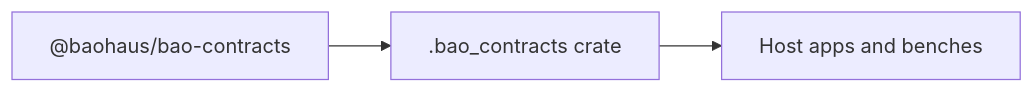
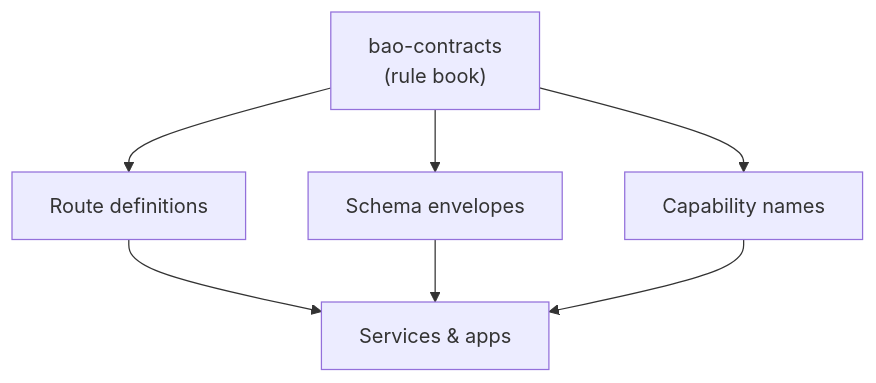
Before and after one commit to d4551/docduckgoose: the diagram in bao-source/bao-contracts/README.md, drawn with Mermaid. The commit also changed other lines of this file and 295 other files, not shown here.

````diff
--- a/bao-source/bao-contracts/README.md
+++ b/bao-source/bao-contracts/README.md
@@ -10,5 +15,10 @@
 ```mermaid
-flowchart LR
-  producer["@baohaus/bao-contracts"] --> crate[".bao_contracts crate"]
-  crate --> consumers["Host apps and benches"]
+flowchart TD
+  contracts["bao-contracts\n(rule book)"]
+  contracts --> routes["Route definitions"]
+  contracts --> schemas["Schema envelopes"]
+  contracts --> caps["Capability names"]
+  routes --> consumers["Services & apps"]
+  schemas --> consumers
+  caps --> consumers
 ```
````
